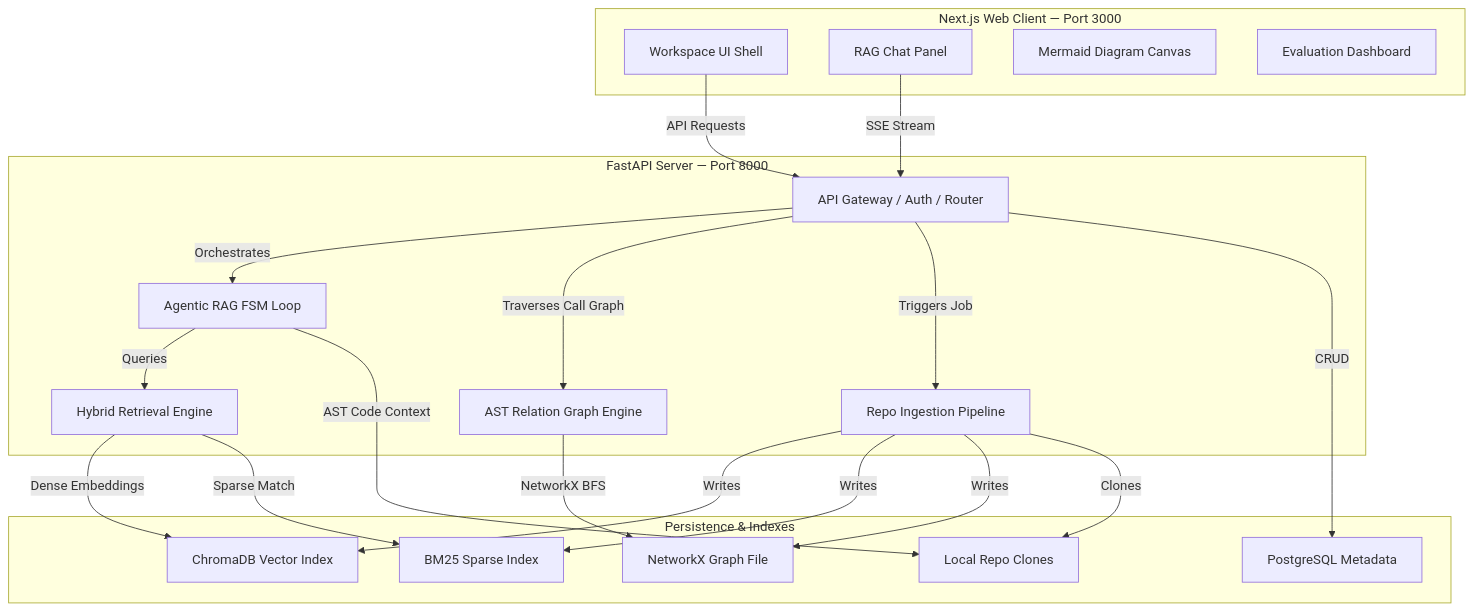
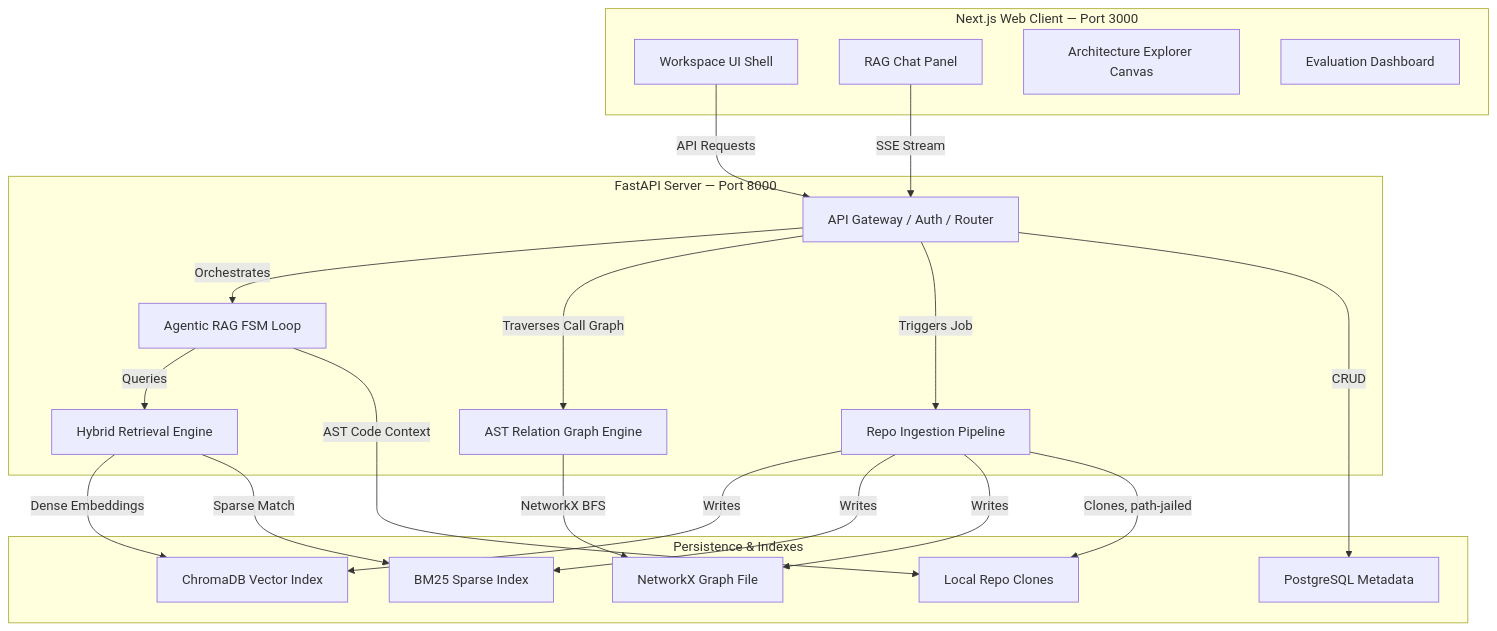
One commit to HurairaMaqbool/CodeNavigator changed the diagram in README.md. Above: the diagram before and after it, drawn with Mermaid. The commit also changed other lines of this file, not shown here.

````diff
--- a/README.md
+++ b/README.md
@@ -114,41 +121,41 @@
 ```mermaid
 graph TD
     subgraph Frontend [Next.js Web Client — Port 3000]
         UI[Workspace UI Shell]
         Chat[RAG Chat Panel]
-        Canvas[Mermaid Diagram Canvas]
+        Canvas[Architecture Explorer Canvas]
         Eval[Evaluation Dashboard]
     end
 
     subgraph Backend [FastAPI Server — Port 8000]
         API[API Gateway / Auth / Router]
         Agent[Agentic RAG FSM Loop]
         Retrieval[Hybrid Retrieval Engine]
         Graph[AST Relation Graph Engine]
         Ingestion[Repo Ingestion Pipeline]
     end
 
     subgraph Storage [Persistence & Indexes]
         Chroma[ChromaDB Vector Index]
         BM25[BM25 Sparse Index]
         NetX[NetworkX Graph File]
         Postgres[PostgreSQL Metadata]
         Files[Local Repo Clones]
     end
 
     UI -->|API Requests| API
     Chat -->|SSE Stream| API
     API -->|Orchestrates| Agent
     Agent -->|Queries| Retrieval
     Retrieval -->|Dense Embeddings| Chroma
     Retrieval -->|Sparse Match| BM25
     Agent -->|AST Code Context| Files
     API -->|Traverses Call Graph| Graph
     Graph -->|NetworkX BFS| NetX
     API -->|Triggers Job| Ingestion
     Ingestion -->|Writes| Chroma
     Ingestion -->|Writes| BM25
     Ingestion -->|Writes| NetX
-    Ingestion -->|Clones| Files
+    Ingestion -->|Clones, path-jailed| Files
     API -->|CRUD| Postgres
 ```
````
